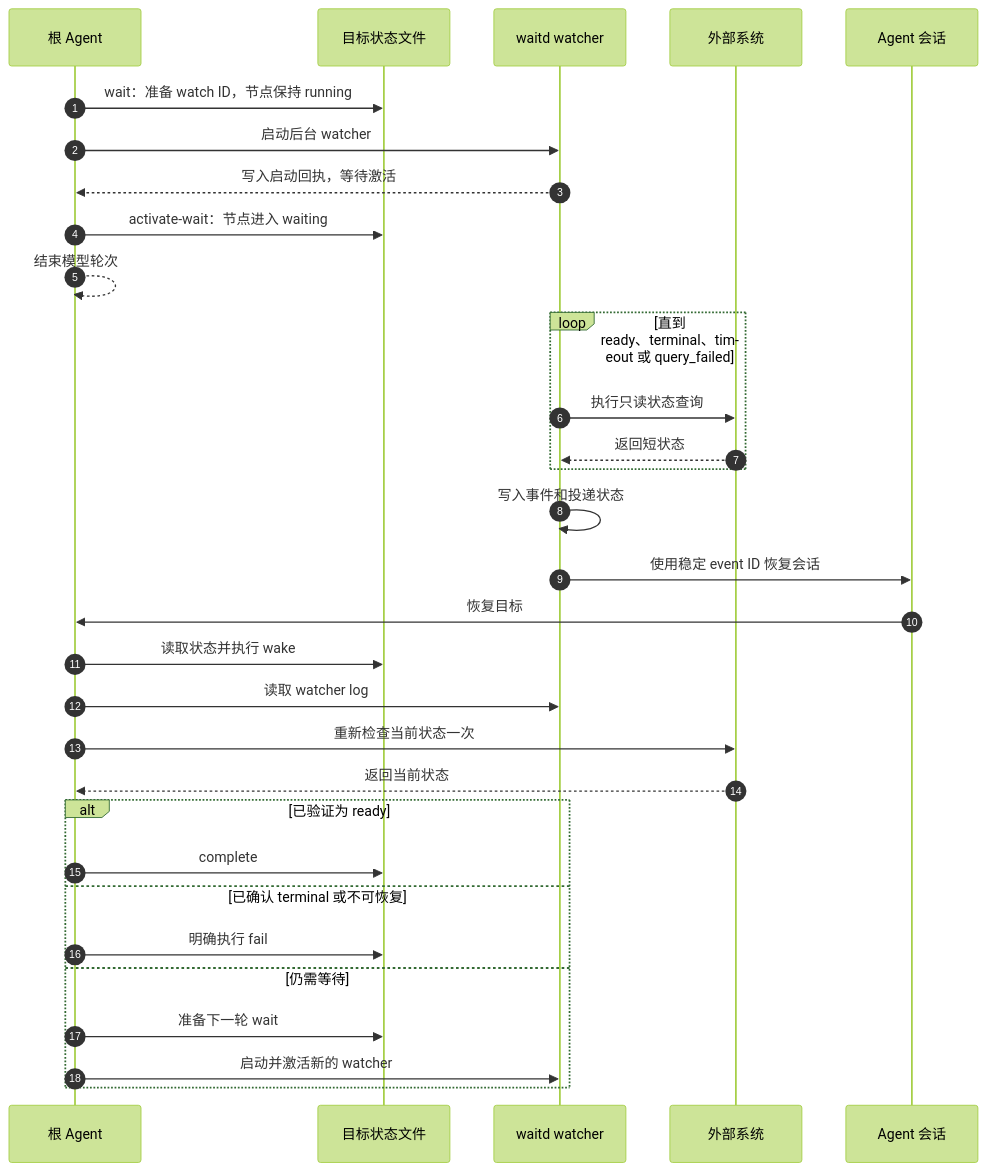
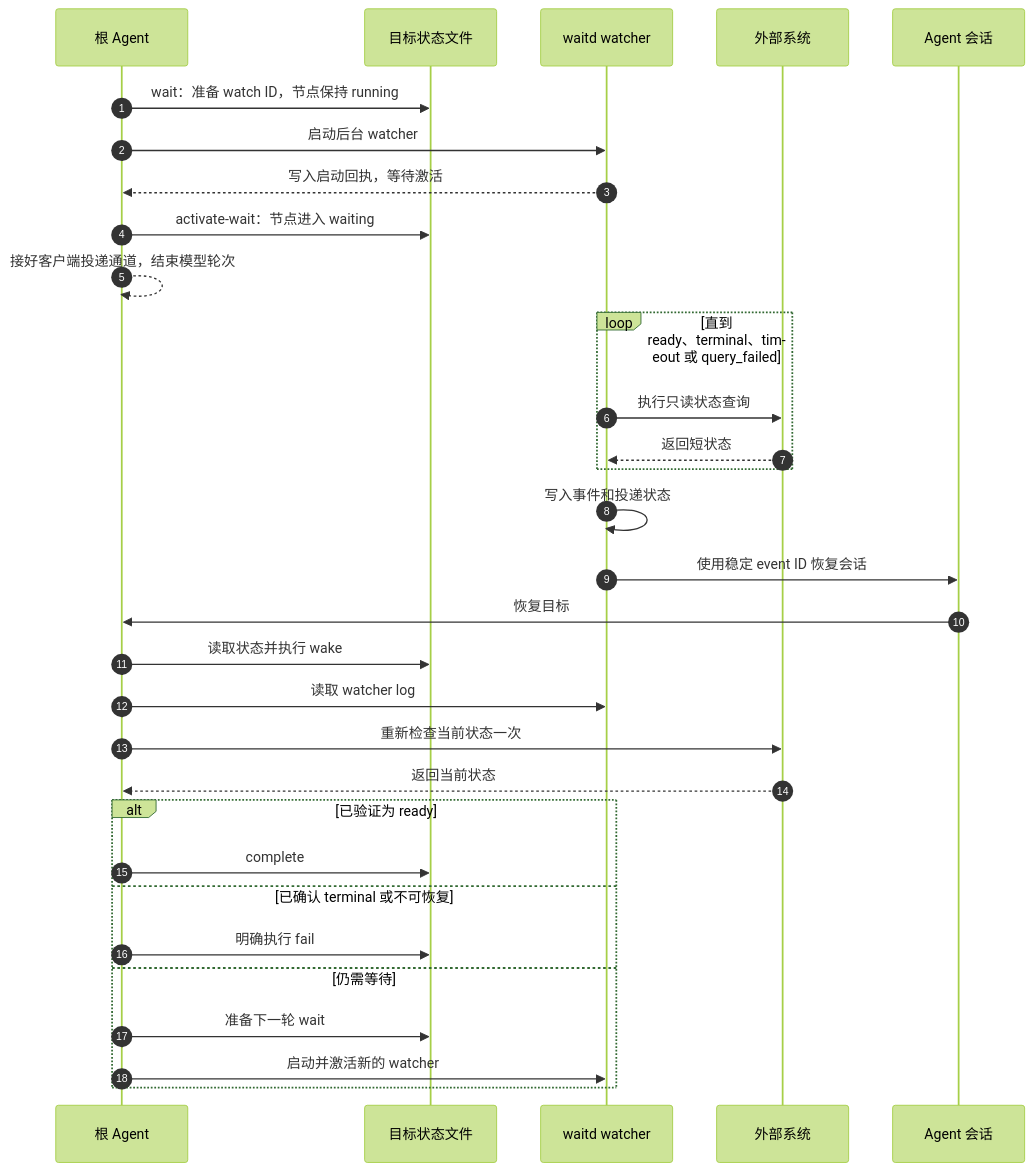
One commit to wenxueru/wait-skill changed the second of 2 diagrams in docs/wait.zh-CN.md. Above: the diagram before and after it, drawn with Mermaid (forest theme). The commit also changed other lines of this file and 16 other files, not shown here.

````diff
--- a/docs/wait.zh-CN.md
+++ b/docs/wait.zh-CN.md
@@ -149,37 +154,37 @@
 ```mermaid
 sequenceDiagram
     autonumber
     participant A as 根 Agent
     participant G as 目标状态文件
     participant W as waitd watcher
     participant E as 外部系统
     participant C as Agent 会话
 
     A->>G: wait：准备 watch ID，节点保持 running
     A->>W: 启动后台 watcher
     W-->>A: 写入启动回执，等待激活
     A->>G: activate-wait：节点进入 waiting
-    A-->>A: 结束模型轮次
+    A-->>A: 接好客户端投递通道，结束模型轮次
 
     loop 直到 ready、terminal、timeout 或 query_failed
         W->>E: 执行只读状态查询
         E-->>W: 返回短状态
     end
 
     W->>W: 写入事件和投递状态
     W->>C: 使用稳定 event ID 恢复会话
     C->>A: 恢复目标
     A->>G: 读取状态并执行 wake
     A->>W: 读取 watcher log
     A->>E: 重新检查当前状态一次
     E-->>A: 返回当前状态
 
     alt 已验证为 ready
         A->>G: complete
     else 已确认 terminal 或不可恢复
         A->>G: 明确执行 fail
     else 仍需等待
         A->>G: 准备下一轮 wait
         A->>W: 启动并激活新的 watcher
     end
 ```
````
